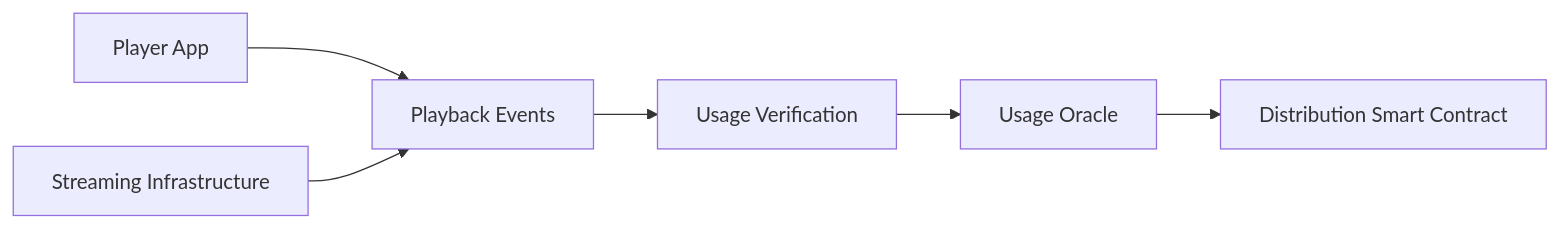
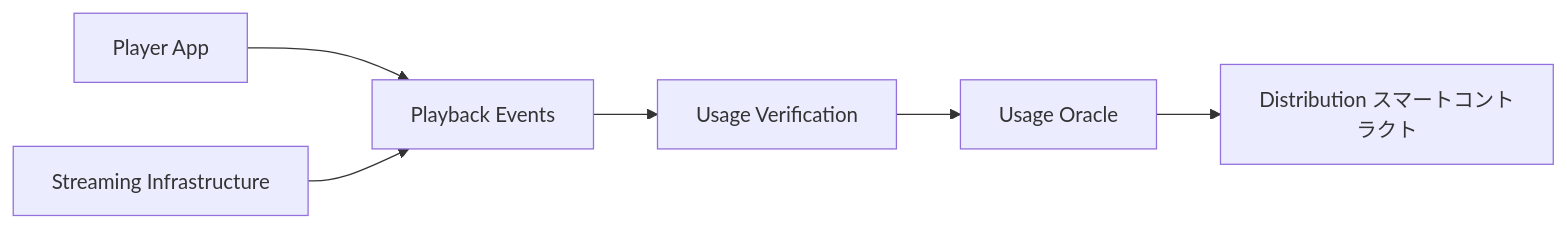
One commit to ShigeichiroYamasaki/creator-first-platform changed diagram 13 of 17 in docs/whitepaper/03-rights-and-money.md. Above: the diagram before and after it, drawn with Mermaid. The commit also changed other lines of this file and 67 other files, not shown here.

````diff
--- a/docs/whitepaper/03-rights-and-money.md
+++ b/docs/whitepaper/03-rights-and-money.md
@@ -320,8 +320,8 @@
 ```mermaid
 flowchart LR
     APP[Player App] --> EVENT[Playback Events]
     STREAM[Streaming Infrastructure] --> EVENT
     EVENT --> VERIFY[Usage Verification]
     VERIFY --> ORACLE[Usage Oracle]
-    ORACLE --> SC[Distribution Smart Contract]
+    ORACLE --> SC[Distribution スマートコントラクト]
 ```
````
